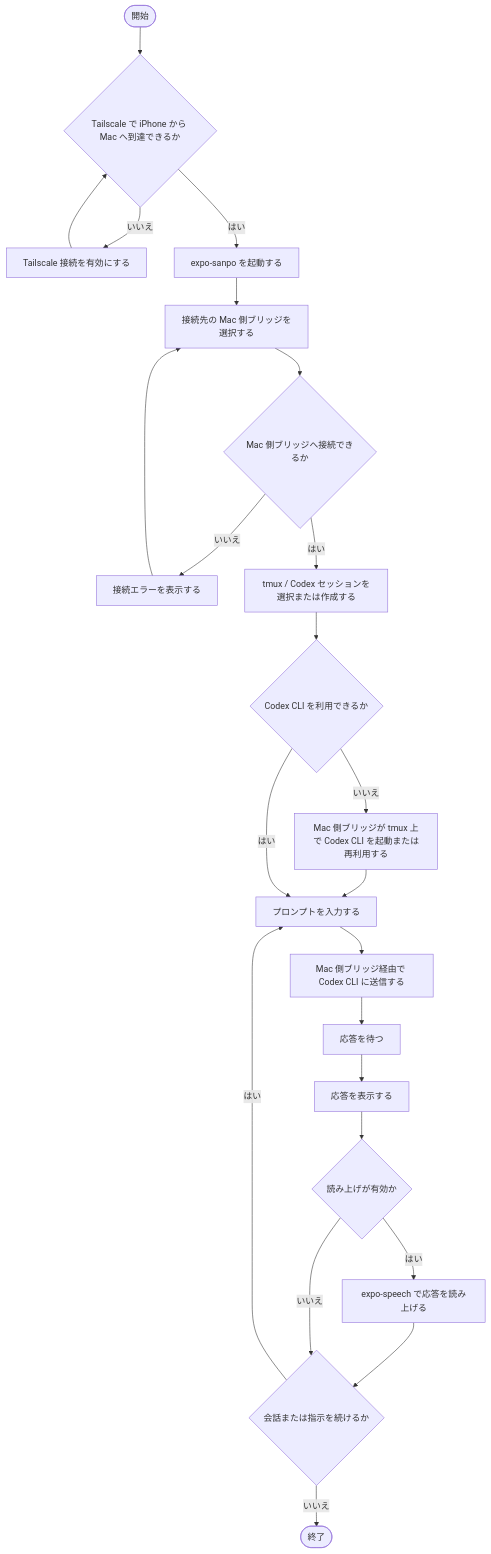
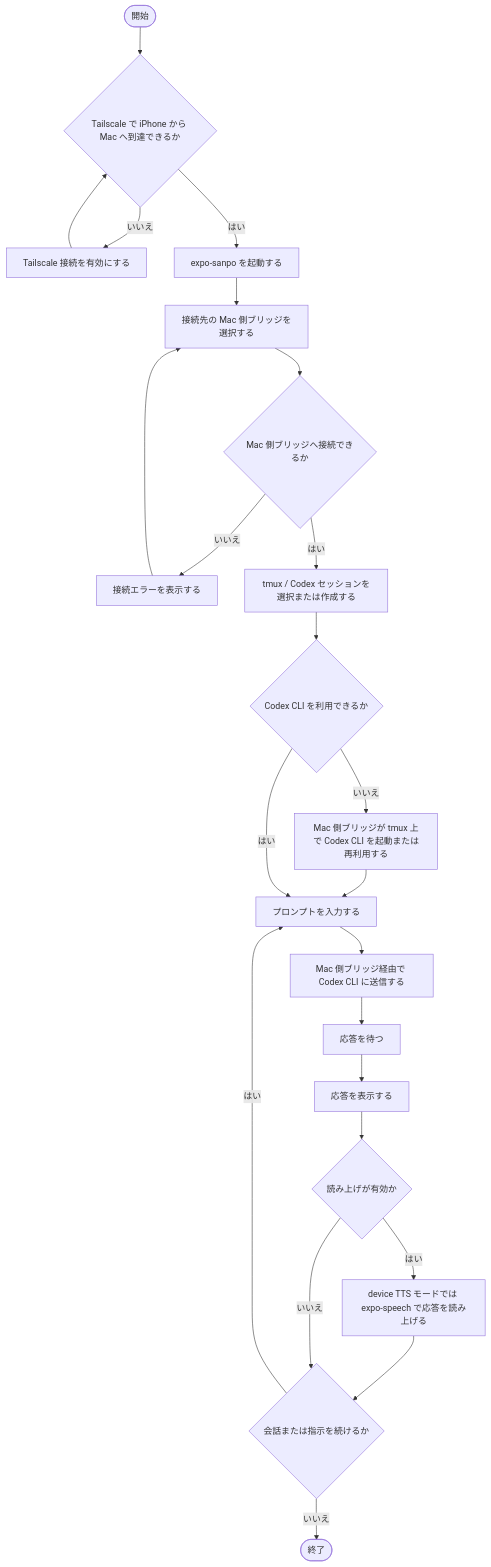
One commit to take-takashi/expo-sanpo changed the diagram in docs/product/workflows.md. Above: the diagram before and after it, drawn with Mermaid. The commit also changed 6 other files, not shown here.

````diff
--- a/docs/product/workflows.md
+++ b/docs/product/workflows.md
@@ -9,40 +9,40 @@
 ```mermaid
 flowchart TD
     Start([開始])
     TailscaleCheck{Tailscale で iPhone から Mac へ到達できるか}
     TailscaleConnect[Tailscale 接続を有効にする]
     OpenApp[expo-sanpo を起動する]
     SelectConnection[接続先の Mac 側ブリッジを選択する]
     BridgeCheck{Mac 側ブリッジへ接続できるか}
     ShowConnectionError[接続エラーを表示する]
     SelectSession[tmux / Codex セッションを選択または作成する]
     SessionReady{Codex CLI を利用できるか}
     StartCodex[Mac 側ブリッジが tmux 上で Codex CLI を起動または再利用する]
     InputPrompt[プロンプトを入力する]
     SendPrompt[Mac 側ブリッジ経由で Codex CLI に送信する]
     WaitResult[応答を待つ]
     ShowResult[応答を表示する]
     TtsEnabled{読み上げが有効か}
-    Speak[expo-speech で応答を読み上げる]
+    Speak[device TTS モードでは expo-speech で応答を読み上げる]
     Continue{会話または指示を続けるか}
     End([終了])
 
     Start --> TailscaleCheck
     TailscaleCheck -- いいえ --> TailscaleConnect --> TailscaleCheck
     TailscaleCheck -- はい --> OpenApp
     OpenApp --> SelectConnection
     SelectConnection --> BridgeCheck
     BridgeCheck -- いいえ --> ShowConnectionError --> SelectConnection
     BridgeCheck -- はい --> SelectSession
     SelectSession --> SessionReady
     SessionReady -- いいえ --> StartCodex --> InputPrompt
     SessionReady -- はい --> InputPrompt
     InputPrompt --> SendPrompt
     SendPrompt --> WaitResult
     WaitResult --> ShowResult
     ShowResult --> TtsEnabled
     TtsEnabled -- はい --> Speak --> Continue
     TtsEnabled -- いいえ --> Continue
     Continue -- はい --> InputPrompt
     Continue -- いいえ --> End
 ```
````
